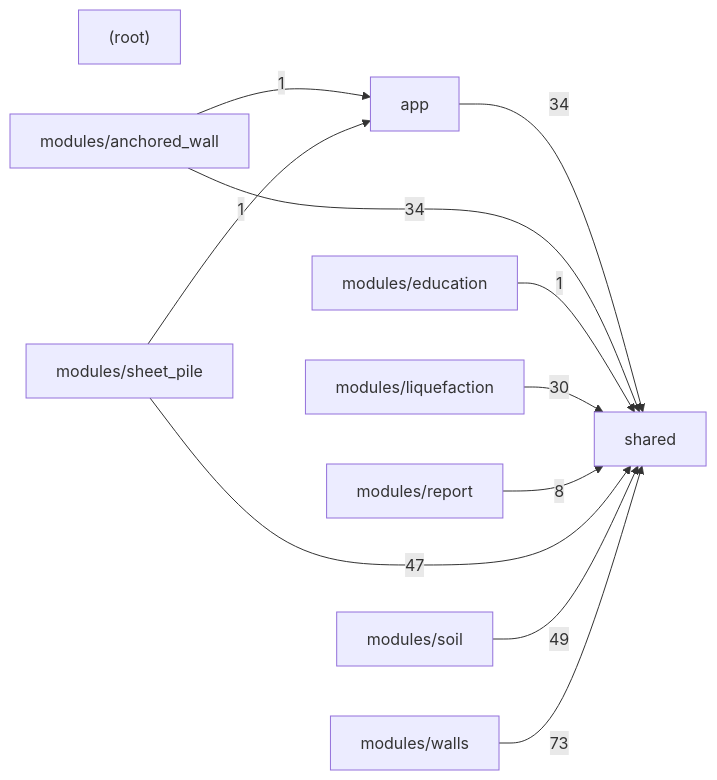
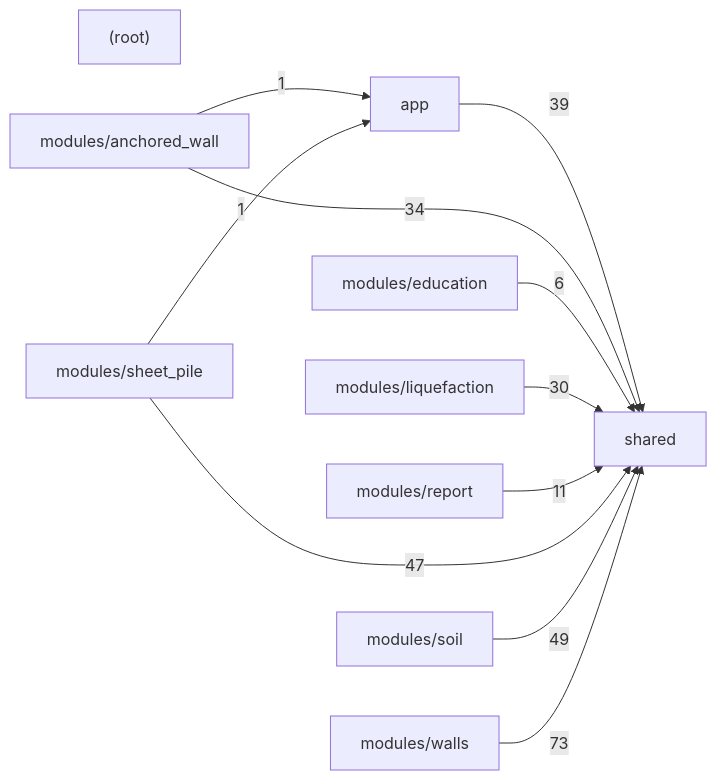
The second of 2 diagrams in docs/CODE_MAP.md (umutsertkaya/Foundation_Engineering_Program), drawn with Mermaid before and after one commit. The commit also changed other lines of this file and 10 other files, not shown here.

````diff
--- a/docs/CODE_MAP.md
+++ b/docs/CODE_MAP.md
@@ -648,23 +648,23 @@
 ```mermaid
 graph LR
   _root_["(root)"]
   app["app"]
   modules_anchored_wall["modules/anchored_wall"]
   modules_education["modules/education"]
   modules_liquefaction["modules/liquefaction"]
   modules_report["modules/report"]
   modules_sheet_pile["modules/sheet_pile"]
   modules_soil["modules/soil"]
   modules_walls["modules/walls"]
   shared["shared"]
-  app -->|34| shared
+  app -->|39| shared
   modules_anchored_wall -->|1| app
   modules_anchored_wall -->|34| shared
-  modules_education -->|1| shared
+  modules_education -->|6| shared
   modules_liquefaction -->|30| shared
-  modules_report -->|8| shared
+  modules_report -->|11| shared
   modules_sheet_pile -->|1| app
   modules_sheet_pile -->|47| shared
   modules_soil -->|49| shared
   modules_walls -->|73| shared
 ```
````
